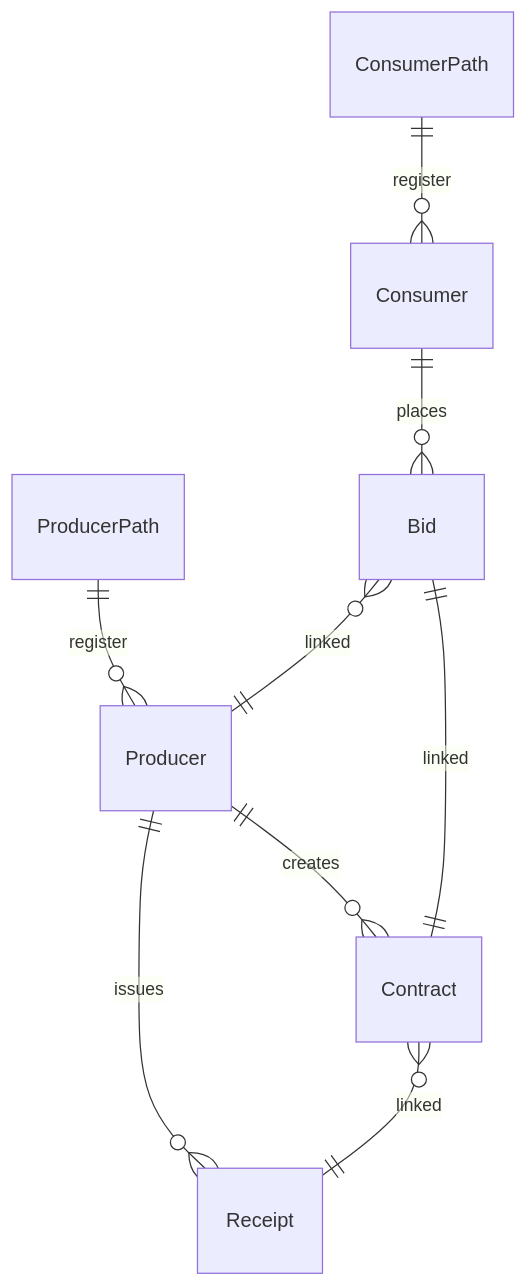
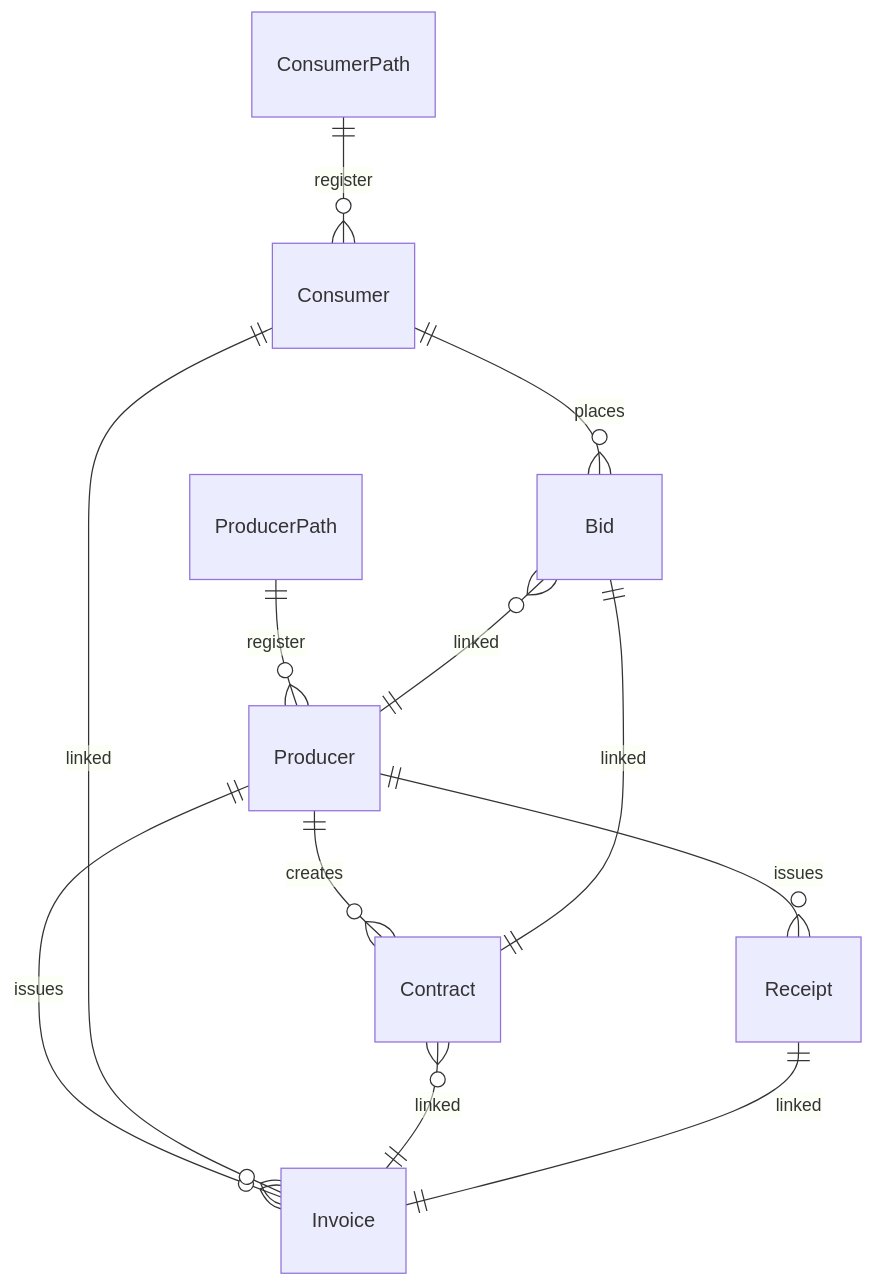
Before and after one commit to ioen-tech/ioen-micro-ledger: the second of 2 diagrams in SPEC.md, drawn with Mermaid. The commit also changed other lines of this file, not shown here.

````diff
--- a/SPEC.md
+++ b/SPEC.md
@@ -42,11 +43,15 @@
 ```mermaid
 erDiagram
     ProducerPath ||--o{ Producer : register
     ConsumerPath ||--o{ Consumer : register
     Consumer ||--o{ Bid : places
     Bid o{ --||Producer : linked
     Producer ||--o{ Contract : creates
     Bid ||--|| Contract : linked
+    Producer ||--o{ Invoice : issues
+    Consumer ||--o{ Invoice : linked
+    Contract }o--|| Invoice : linked
+    Receipt ||--|| Invoice : linked
     Producer ||--o{ Receipt : issues
-    Contract }o--|| Receipt : linked
+    
 ```
````
